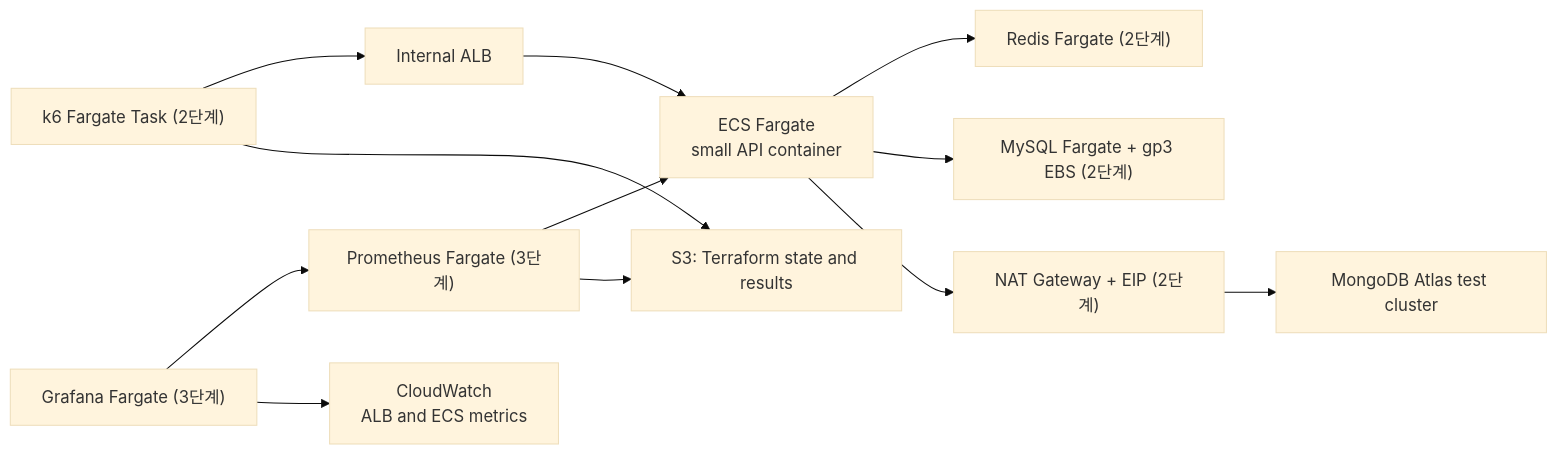
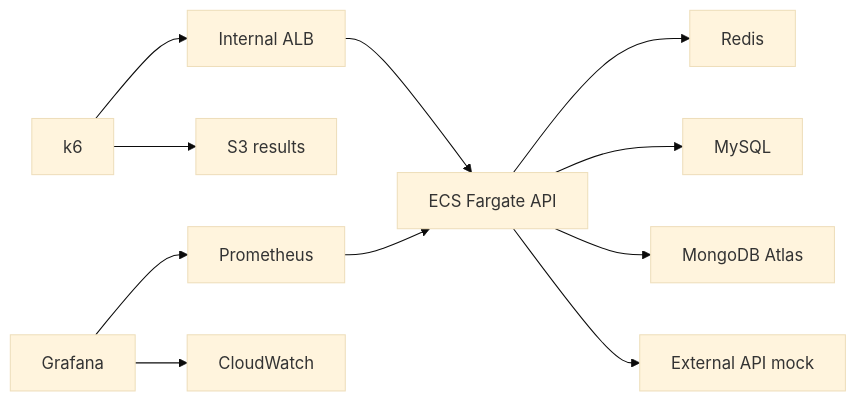
The diagram in docs/architecture/performance-test-infrastructure.md (SWM16-ASAP/back-server), drawn with Mermaid (base theme) before and after one commit. The commit also changed other lines of this file and 15 other files, not shown here.

````diff
--- a/docs/architecture/performance-test-infrastructure.md
+++ b/docs/architecture/performance-test-infrastructure.md
@@ -24,16 +7,14 @@
 ```mermaid
 flowchart LR
-    K6["k6 Fargate Task (2단계)"] --> ALB["Internal ALB"]
-    ALB --> APP["ECS Fargate\nsmall API container"]
-    APP --> REDIS["Redis Fargate (2단계)"]
-    APP --> MYSQL["MySQL Fargate + gp3 EBS (2단계)"]
-    APP --> NAT["NAT Gateway + EIP (2단계)"]
-    NAT --> ATLAS["MongoDB Atlas test cluster"]
+    K6["k6"] --> ALB["Internal ALB"]
+    ALB --> APP["ECS Fargate API"]
+    APP --> REDIS["Redis"]
+    APP --> MYSQL["MySQL"]
+    APP --> ATLAS["MongoDB Atlas"]
+    APP --> MOCK["External API mock"]
 
-    PROM["Prometheus Fargate (3단계)"] --> APP
-    GRAFANA["Grafana Fargate (3단계)"] --> PROM
-    GRAFANA --> CLOUDWATCH["CloudWatch\nALB and ECS metrics"]
-    S3["S3: Terraform state and results"]
-    K6 --> S3
-    PROM --> S3
+    PROM["Prometheus"] --> APP
+    GRAFANA["Grafana"] --> PROM
+    GRAFANA --> CLOUDWATCH["CloudWatch"]
+    K6 --> S3["S3 results"]
 ```
````
